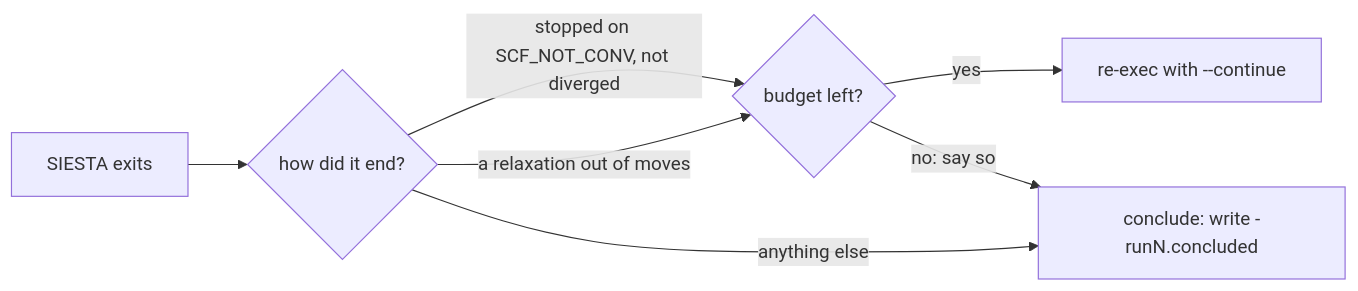
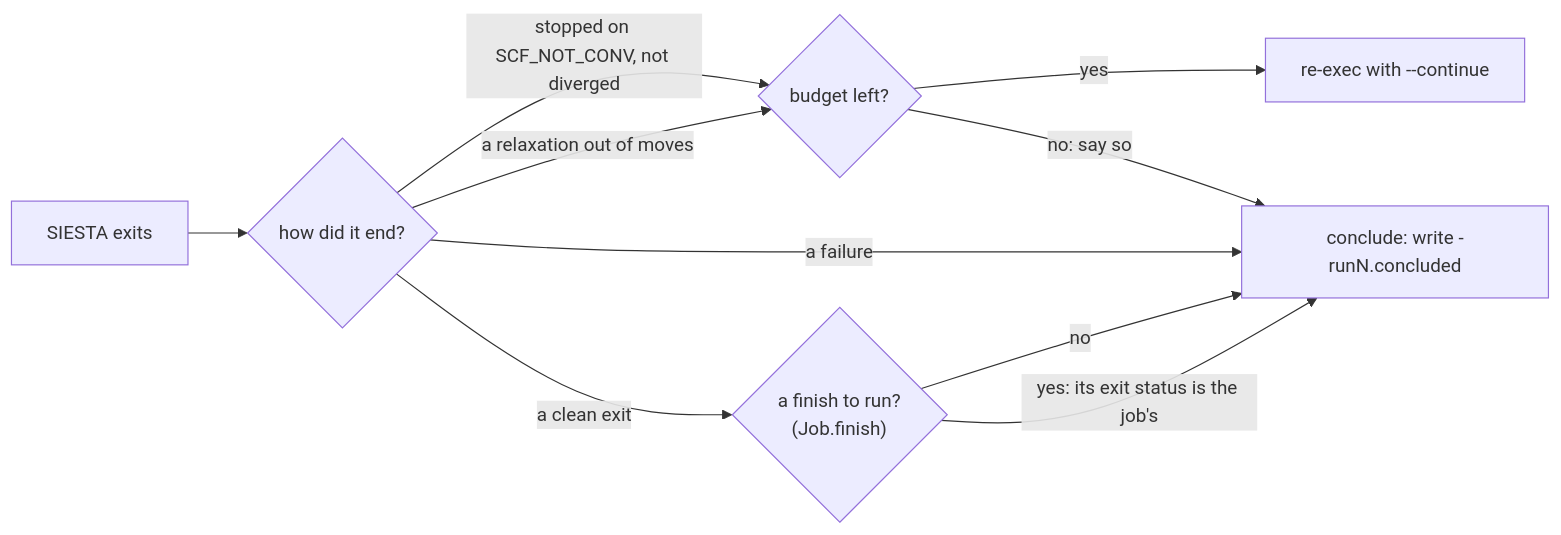
One commit to Qing-LAB/molbuilder changed the second of 6 diagrams in docs/execution/running-a-job.md. Above: the diagram before and after it, drawn with Mermaid. The commit also changed other lines of this file and 61 other files, not shown here.

````diff
--- a/docs/execution/running-a-job.md
+++ b/docs/execution/running-a-job.md
@@ -502,9 +505,12 @@
 ```mermaid
 flowchart LR
     X["SIESTA exits"] --> Q{"how did it end?"}
     Q -->|"stopped on SCF_NOT_CONV, not diverged"| B{"budget left?"}
     Q -->|"a relaxation out of moves"| B
-    Q -->|"anything else"| C["conclude: write -runN.concluded"]
+    Q -->|"a failure"| C["conclude: write -runN.concluded"]
+    Q -->|"a clean exit"| F{"a finish to run?<br/>(Job.finish)"}
+    F -->|"no"| C
+    F -->|"yes: its exit status is the job's"| C
     B -->|"yes"| R["re-exec with --continue"]
     B -->|"no: say so"| C
 ```
````
